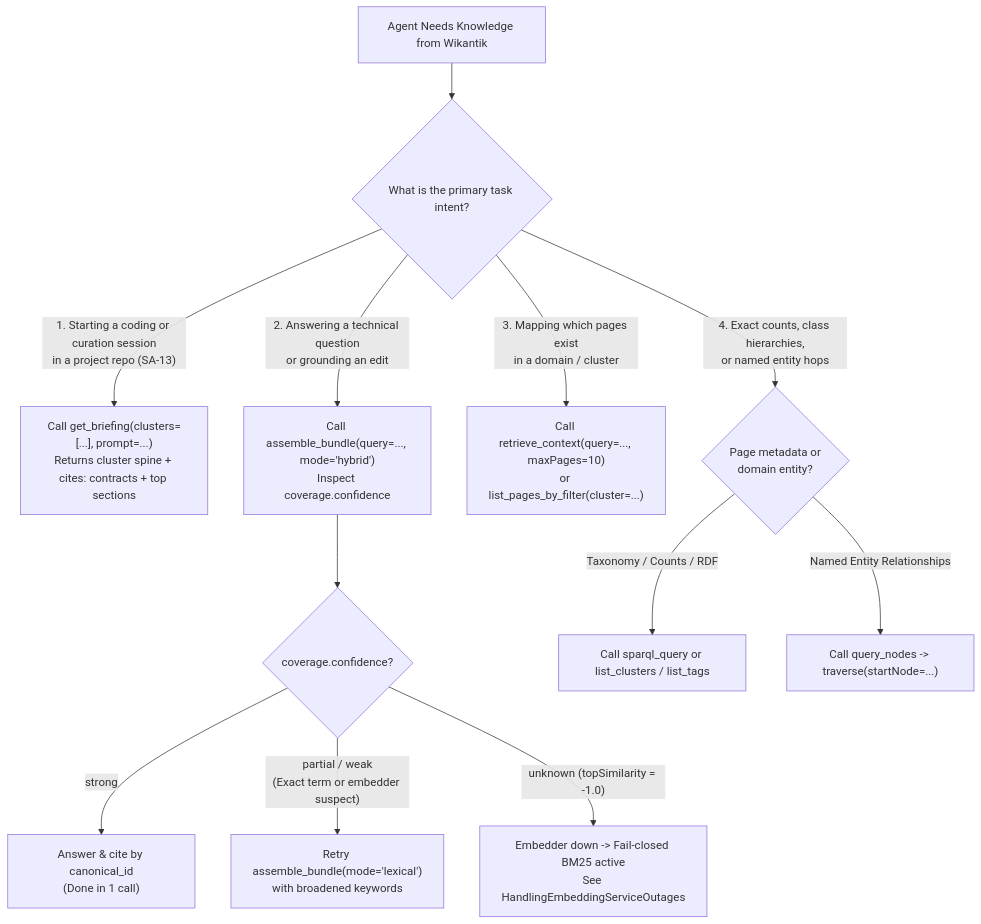
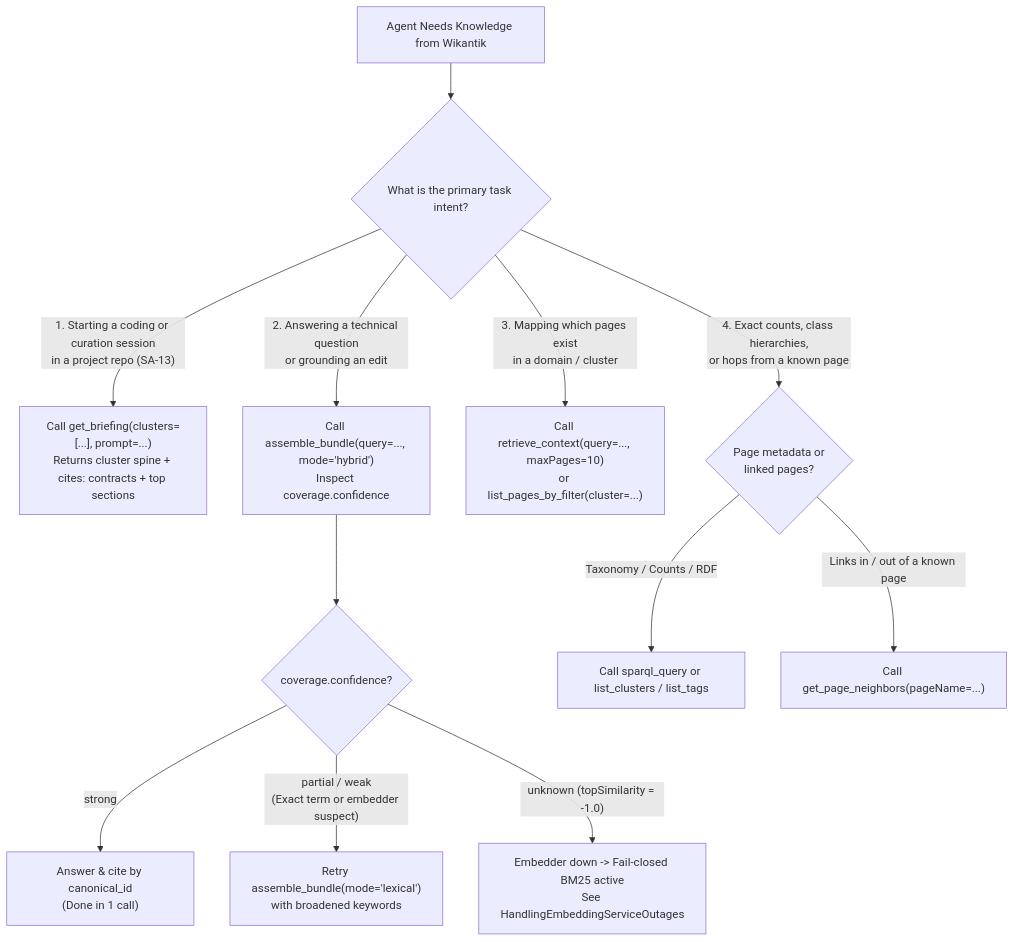
The diagram in docs/wikantik-pages/ChoosingARetrievalMode.md (jakefearsd/wikantik), drawn with Mermaid before and after one commit. The commit also changed other lines of this file and 9 other files, not shown here.

````diff
--- a/docs/wikantik-pages/ChoosingARetrievalMode.md
+++ b/docs/wikantik-pages/ChoosingARetrievalMode.md
@@ -94,18 +90,18 @@
 ```mermaid
 flowchart TD
     Start["Agent Needs Knowledge from Wikantik"] --> Intent{"What is the primary task intent?"}
 
     Intent -- "1. Starting a coding or curation session\nin a project repo (SA-13)" --> Brief["Call get_briefing(clusters=[...], prompt=...)<br/>Returns cluster spine + cites: contracts + top sections"]
 
     Intent -- "2. Answering a technical question\nor grounding an edit" --> Bundle["Call assemble_bundle(query=..., mode='hybrid')<br/>Inspect coverage.confidence"]
     Bundle --> Cov{"coverage.confidence?"}
     Cov -- "strong" --> Answer["Answer & cite by canonical_id<br/>(Done in 1 call)"]
     Cov -- "partial / weak\n(Exact term or embedder suspect)" --> Lex["Retry assemble_bundle(mode='lexical')<br/>with broadened keywords"]
     Cov -- "unknown (topSimilarity = -1.0)" --> Outage["Embedder down -> Fail-closed BM25 active<br/>See HandlingEmbeddingServiceOutages"]
 
     Intent -- "3. Mapping which pages exist\nin a domain / cluster" --> Disc["Call retrieve_context(query=..., maxPages=10)<br/>or list_pages_by_filter(cluster=...)"]
 
-    Intent -- "4. Exact counts, class hierarchies,\nor named entity hops" --> Struct{"Page metadata or\ndomain entity?"}
+    Intent -- "4. Exact counts, class hierarchies,\nor hops from a known page" --> Struct{"Page metadata or\nlinked pages?"}
     Struct -- "Taxonomy / Counts / RDF" --> Sparql["Call sparql_query or list_clusters / list_tags"]
-    Struct -- "Named Entity Relationships" --> KG["Call query_nodes -> traverse(startNode=...)"]
+    Struct -- "Links in / out of a known page" --> PG["Call get_page_neighbors(pageName=...)"]
 ```
````
